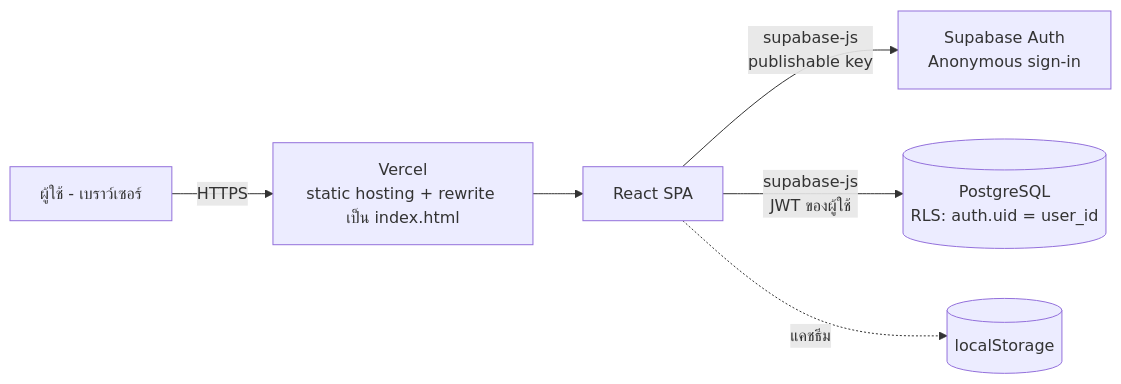
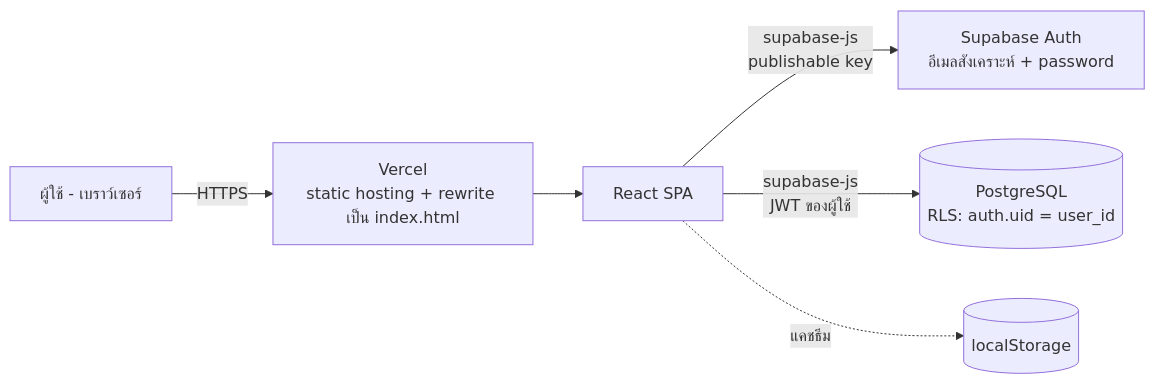
Before and after one commit to Paktakraw/cekha-dairy-tools: the first of 14 diagrams in docs/spec/system-design.md, drawn with Mermaid. The commit also changed other lines of this file and 36 other files, not shown here.

````diff
--- a/docs/spec/system-design.md
+++ b/docs/spec/system-design.md
@@ -30,8 +30,8 @@
 ```mermaid
 flowchart LR
   U[ผู้ใช้ - เบราว์เซอร์] -->|HTTPS| V[Vercel<br/>static hosting + rewrite เป็น index.html]
   V --> SPA[React SPA]
-  SPA -->|supabase-js<br/>publishable key| AUTH[Supabase Auth<br/>Anonymous sign-in]
+  SPA -->|supabase-js<br/>publishable key| AUTH[Supabase Auth<br/>อีเมลสังเคราะห์ + password]
   SPA -->|supabase-js<br/>JWT ของผู้ใช้| DB[(PostgreSQL<br/>RLS: auth.uid = user_id)]
   SPA -.->|แคชธีม| LS[(localStorage)]
 ```
````
